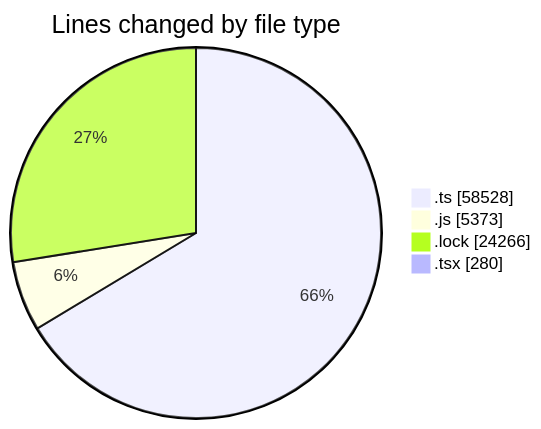
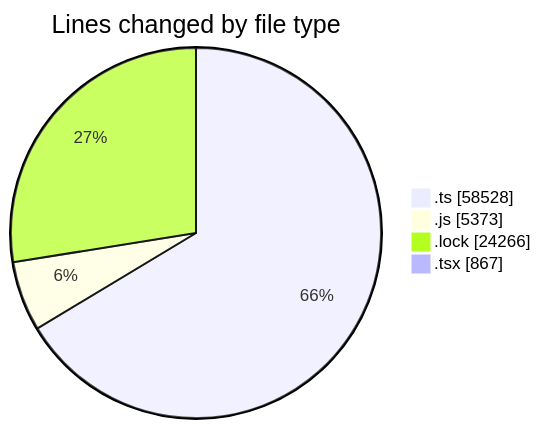
Before and after one commit to momahboobian/code-tracking: the first of 2 diagrams in 2025-08-14/cda/README.md, drawn with Mermaid. The commit also changed other lines of this file and 1 other file, not shown here.

````diff
--- a/2025-08-14/cda/README.md
+++ b/2025-08-14/cda/README.md
@@ -34,8 +35,8 @@
 ```mermaid
 pie showData
 title Lines changed by file type
 ".ts" : 58528
 ".js" : 5373
 ".lock" : 24266
-".tsx" : 280
+".tsx" : 867
 ```
````
